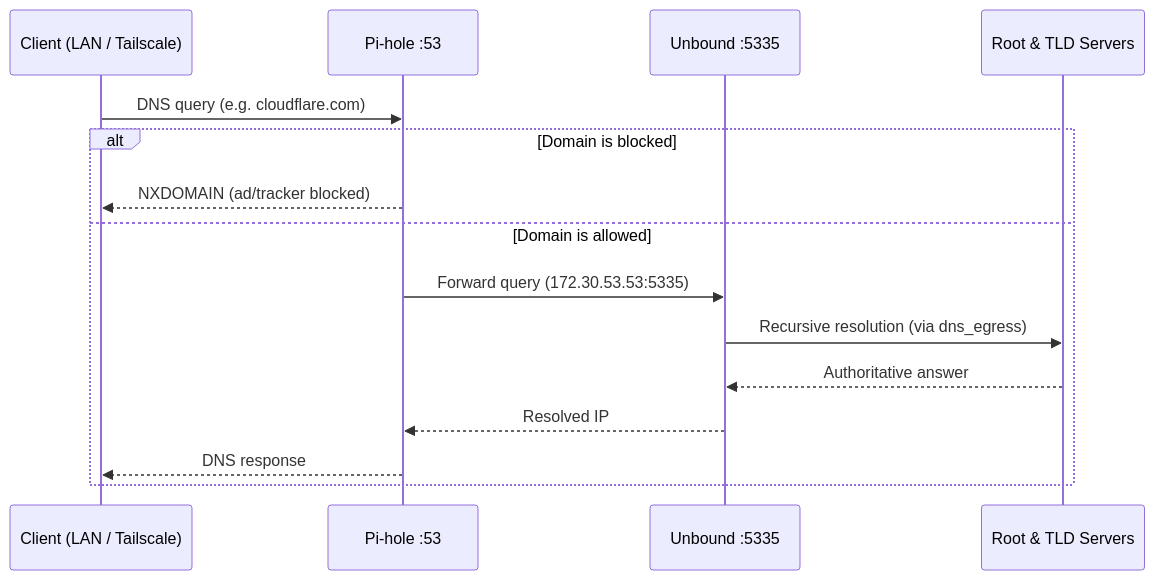
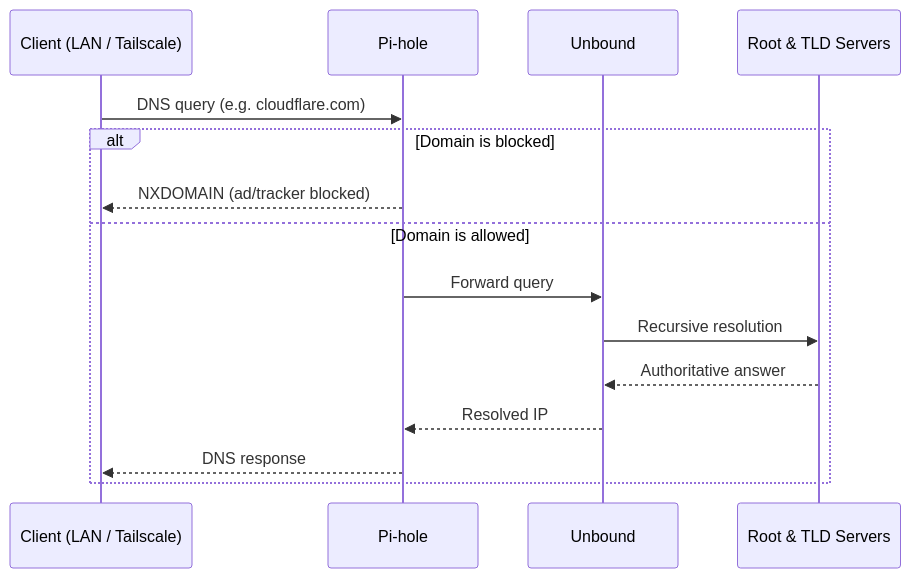
Before and after one commit to florianajir/pi-web: the second of 3 diagrams in README.md, drawn with Mermaid. The commit also changed other lines of this file, not shown here.

Commit message:
docs: simplify DNS architecture documentation and improve clarity

````diff
--- a/README.md
+++ b/README.md
@@ -128,18 +128,18 @@
 ```mermaid
 sequenceDiagram
     participant C as Client (LAN / Tailscale)
-    participant P as Pi-hole :53
-    participant U as Unbound :5335
+    participant P as Pi-hole
+    participant U as Unbound
     participant R as Root & TLD Servers
 
     C->>P: DNS query (e.g. cloudflare.com)
     alt Domain is blocked
         P-->>C: NXDOMAIN (ad/tracker blocked)
     else Domain is allowed
-        P->>U: Forward query (172.30.53.53:5335)
-        U->>R: Recursive resolution (via dns_egress)
+        P->>U: Forward query
+        U->>R: Recursive resolution
         R-->>U: Authoritative answer
         U-->>P: Resolved IP
         P-->>C: DNS response
     end
 ```
````
